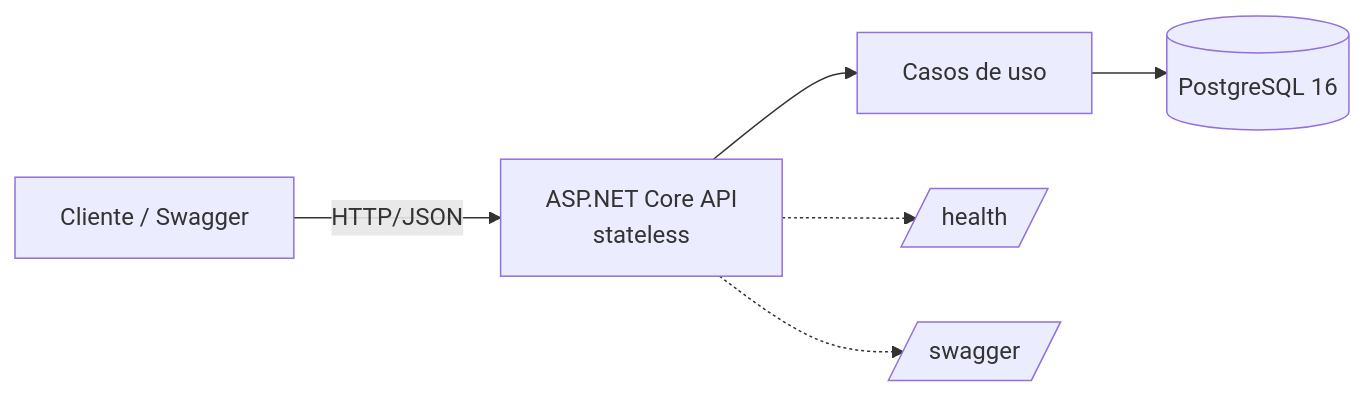
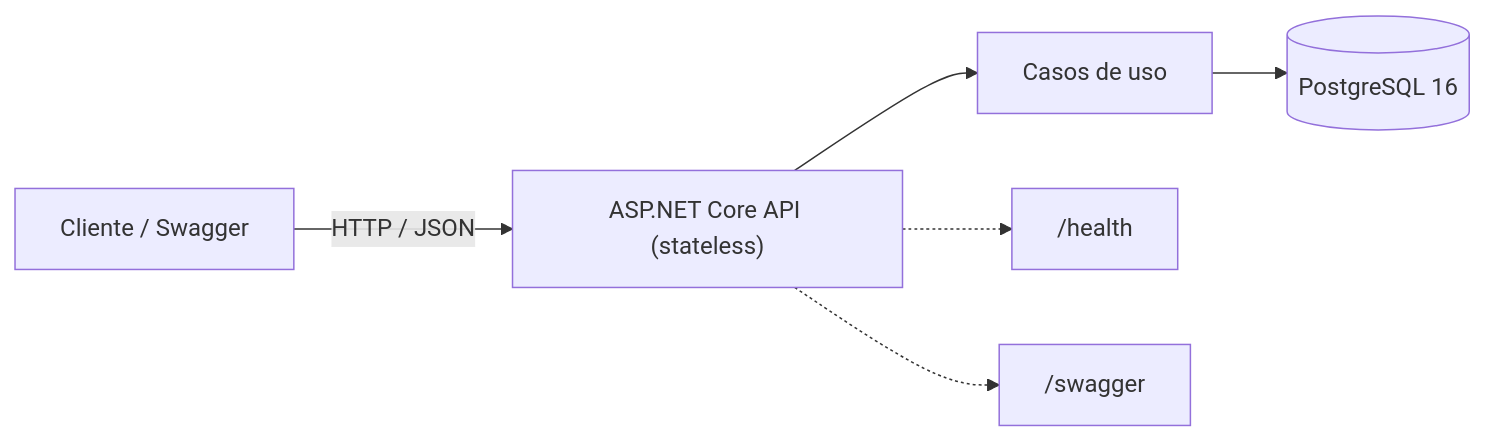
The second of 3 diagrams in docs/plan.md (medinasp/OniBus-Express), drawn with Mermaid before and after one commit. The commit also changed other lines of this file, not shown here.

Commit message:
docs: reforça a sintaxe dos diagramas para renderização robusta

````diff
--- a/docs/plan.md
+++ b/docs/plan.md
@@ -206,8 +206,8 @@
 ```mermaid
 flowchart LR
-    Client[Cliente / Swagger] -->|HTTP/JSON| API[ASP.NET Core API<br/>stateless]
-    API --> App[Casos de uso]
-    App --> DB[(PostgreSQL 16)]
-    API -.-> Health[/health/]
-    API -.-> OpenAPI[/swagger/]
+    Client["Cliente / Swagger"] -->|"HTTP / JSON"| API["ASP.NET Core API (stateless)"]
+    API --> App["Casos de uso"]
+    App --> DB[("PostgreSQL 16")]
+    API -.-> Health["/health"]
+    API -.-> OpenAPI["/swagger"]
 ```
````
